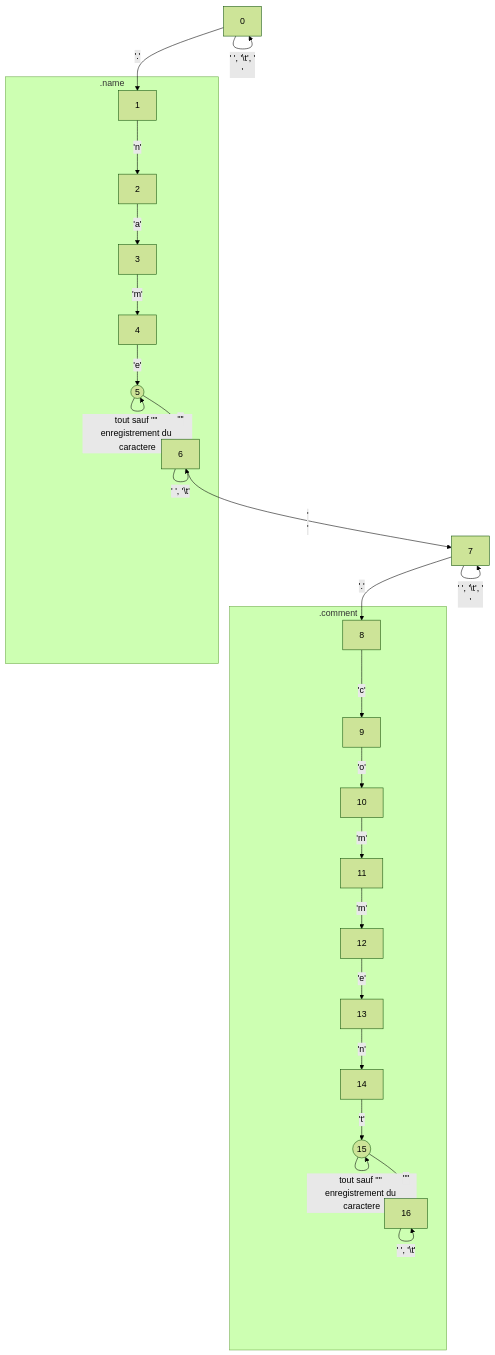
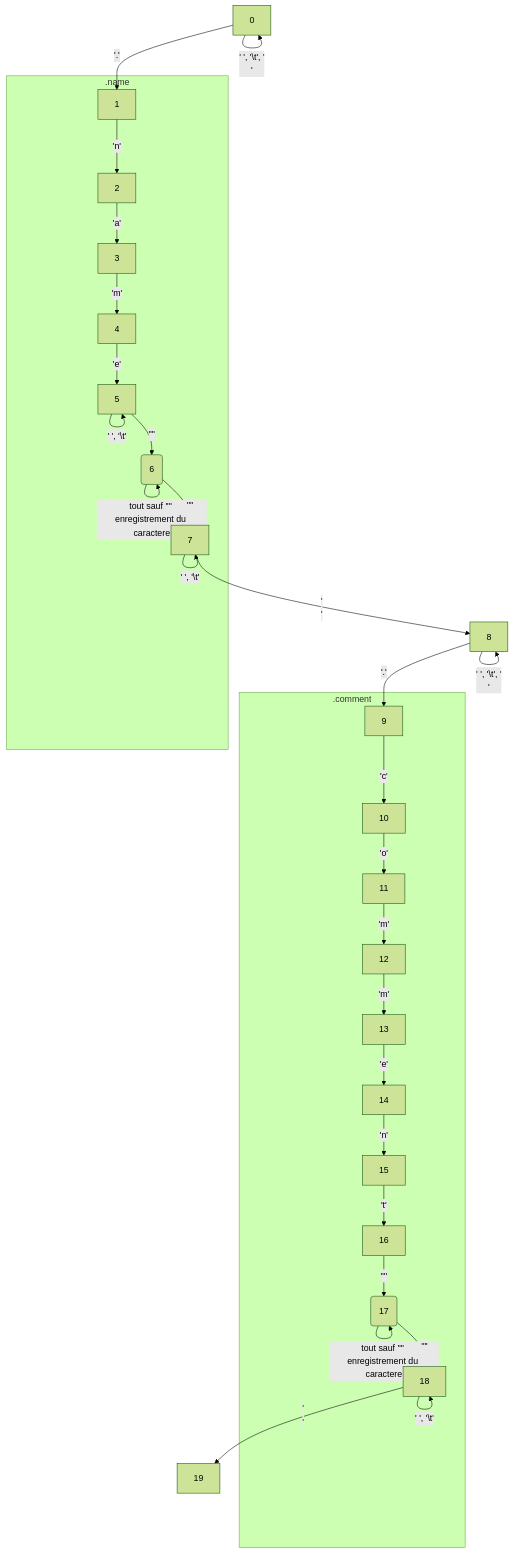
One commit to KoderMAL/corewar changed the diagram in src/parsing/README.md. Above: the diagram before and after it, drawn with Mermaid (forest theme). The commit also changed 1 other file, not shown here.

Commit message:
fixed parsing graph

````diff
--- a/src/parsing/README.md
+++ b/src/parsing/README.md
@@ -4,29 +4,33 @@
 ```mermaid
 graph TB
     0-->|' ', '\t', '\n'|0
     0-->|'.'|1
     subgraph .name
         1-->|'n'|2
         2-->|'a'|3
         3-->|'m'|4
-        4-->|'e'|5((5))
-        5-->|"tout sauf '#quot;' <br/>enregistrement du caractere"|5
-        5-->|"'#quot;'"|6
-        6-->|' ', '\t'|6
+        4-->|'e'|5
+        5-->|' ', '\t'|5
+        5-->|"'#quot;'"|6(6)
+        6-->|"tout sauf '#quot;' <br/>enregistrement du caractere"|6
+        6-->|"'#quot;'"|7
     end
-    6-->|'\n'|7
-    7-->|' ', '\t', '\n'|7
-    7-->|'.'|8
+    7-->|' ', '\t'|7
+    7-->|'\n'|8
+    8-->|' ', '\t', '\n'|8
+    8-->|'.'|9
     subgraph .comment
-        8-->|'c'|9
-        9-->|'o'|10
-        10-->|'m'|11
+        9-->|'c'|10
+        10-->|'o'|11
         11-->|'m'|12
-        12-->|'e'|13
-        13-->|'n'|14
-        14-->|'t'|15((15))
-        15-->|"tout sauf '#quot;' <br/>enregistrement du caractere"|15
-        15-->|"'#quot;'"|16
-        16-->|' ', '\t'|16
+        12-->|'m'|13
+        13-->|'e'|14
+        14-->|'n'|15
+        15-->|'t'|16
+        16-->|"'#quot;'"|17(17)
+        17-->|"tout sauf '#quot;' <br/>enregistrement du caractere"|17
+        17-->|"'#quot;'"|18
     end
+    18-->|' ', '\t'|18
+    18-->|'\n'|19
 ```
````
